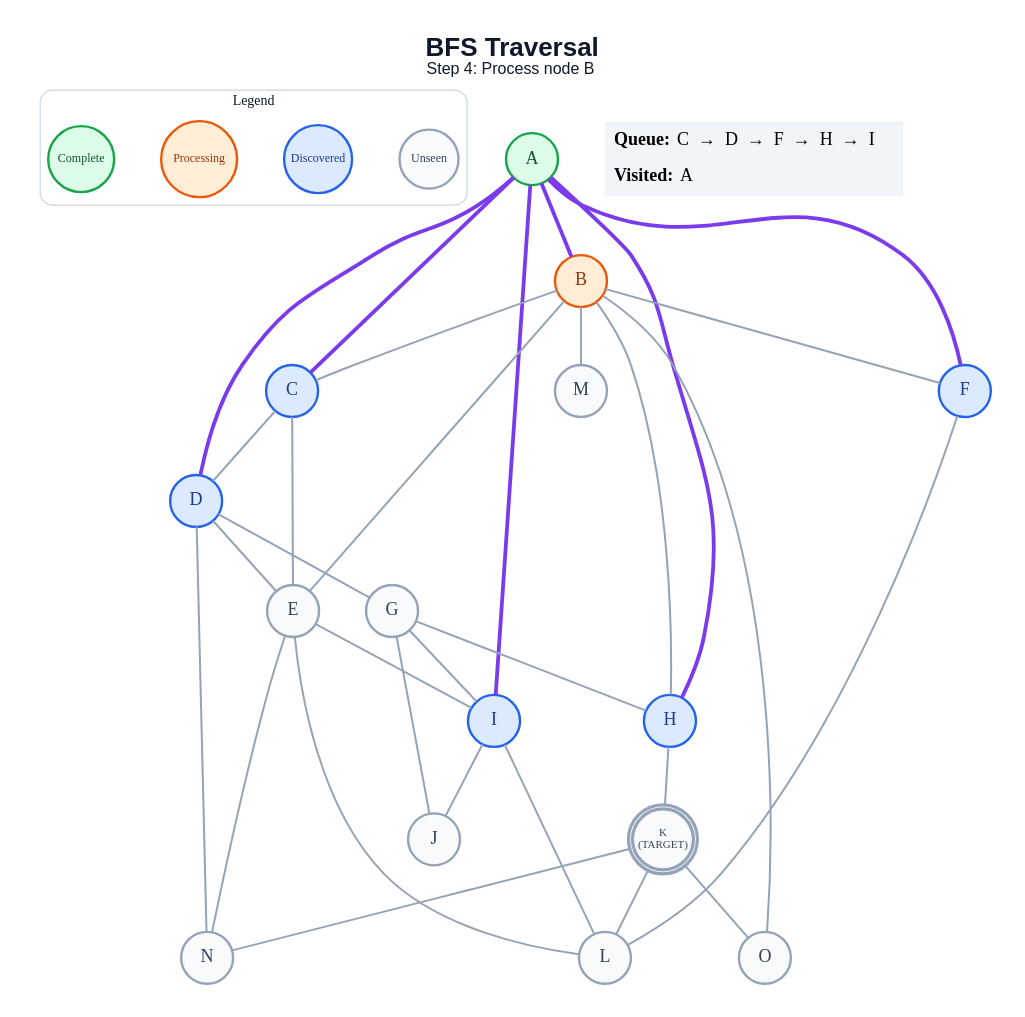
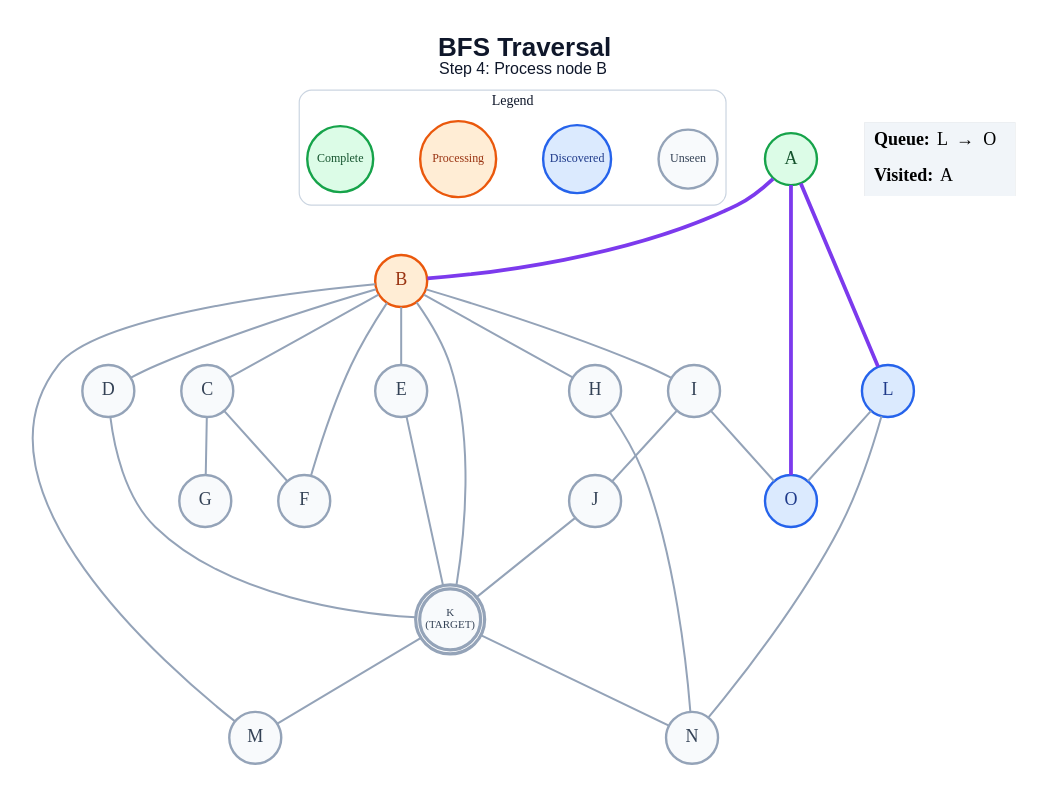
One commit to anon7238593-create/ai-slop changed the diagram in generated/bfs/step_04.dot. Above: the diagram before and after it, drawn with Graphviz. The commit also changed 289 other files, not shown here.

```diff
--- a/generated/bfs/step_04.dot
+++ b/generated/bfs/step_04.dot
@@ -1,64 +1,57 @@
 graph traversal {
   graph [layout=dot, rankdir=TB, bgcolor="#FFFFFF", pad="0.35", nodesep="0.65", ranksep="0.8", fontname="Arial"];
   node [shape=circle, style="filled", fontname="Arial Bold", fontsize=18, width=0.72, fixedsize=true, penwidth=2.4];
   edge [color="#94A3B8", penwidth=2.0];
   label=<<B>BFS Traversal</B><BR/><FONT POINT-SIZE="16">Step 4: Process node B</FONT>>; labelloc="t"; fontsize=26; fontname="Arial"; fontcolor="#0F172A";
   subgraph cluster_legend { label="Legend"; color="#CBD5E1"; penwidth=1.2; style="rounded"; fontsize=14; fontname="Arial Bold";
     key_unseen [label="Unseen", fillcolor="#F8FAFC", color="#94A3B8", fontcolor="#334155", fontsize=12, width=0.82];
     key_frontier [label="Discovered", fillcolor="#DBEAFE", color="#2563EB", fontcolor="#1E3A8A", fontsize=12, width=0.95];
     key_current [label="Processing", fillcolor="#FFEDD5", color="#EA580C", fontcolor="#9A3412", fontsize=12, width=1.05];
     key_done [label="Complete", fillcolor="#DCFCE7", color="#16A34A", fontcolor="#14532D", fontsize=12, width=0.92];
     { rank=same; key_unseen; key_frontier; key_current; key_done; }
   }
   A [label="A", fillcolor="#DCFCE7", color="#16A34A", fontcolor="#14532D", peripheries=1, penwidth=2.4];
   B [label="B", fillcolor="#FFEDD5", color="#EA580C", fontcolor="#9A3412", peripheries=1, penwidth=2.4];
-  C [label="C", fillcolor="#DBEAFE", color="#2563EB", fontcolor="#1E3A8A", peripheries=1, penwidth=2.4];
-  D [label="D", fillcolor="#DBEAFE", color="#2563EB", fontcolor="#1E3A8A", peripheries=1, penwidth=2.4];
+  C [label="C", fillcolor="#F8FAFC", color="#94A3B8", fontcolor="#334155", peripheries=1, penwidth=2.4];
+  D [label="D", fillcolor="#F8FAFC", color="#94A3B8", fontcolor="#334155", peripheries=1, penwidth=2.4];
   E [label="E", fillcolor="#F8FAFC", color="#94A3B8", fontcolor="#334155", peripheries=1, penwidth=2.4];
-  F [label="F", fillcolor="#DBEAFE", color="#2563EB", fontcolor="#1E3A8A", peripheries=1, penwidth=2.4];
+  F [label="F", fillcolor="#F8FAFC", color="#94A3B8", fontcolor="#334155", peripheries=1, penwidth=2.4];
   G [label="G", fillcolor="#F8FAFC", color="#94A3B8", fontcolor="#334155", peripheries=1, penwidth=2.4];
-  H [label="H", fillcolor="#DBEAFE", color="#2563EB", fontcolor="#1E3A8A", peripheries=1, penwidth=2.4];
-  I [label="I", fillcolor="#DBEAFE", color="#2563EB", fontcolor="#1E3A8A", peripheries=1, penwidth=2.4];
+  H [label="H", fillcolor="#F8FAFC", color="#94A3B8", fontcolor="#334155", peripheries=1, penwidth=2.4];
+  I [label="I", fillcolor="#F8FAFC", color="#94A3B8", fontcolor="#334155", peripheries=1, penwidth=2.4];
   J [label="J", fillcolor="#F8FAFC", color="#94A3B8", fontcolor="#334155", peripheries=1, penwidth=2.4];
   K [label="K\n(TARGET)", fillcolor="#F8FAFC", color="#94A3B8", fontcolor="#334155", peripheries=2, penwidth=3.2, fontsize=11, width=0.85, height=0.85];
-  L [label="L", fillcolor="#F8FAFC", color="#94A3B8", fontcolor="#334155", peripheries=1, penwidth=2.4];
+  L [label="L", fillcolor="#DBEAFE", color="#2563EB", fontcolor="#1E3A8A", peripheries=1, penwidth=2.4];
   M [label="M", fillcolor="#F8FAFC", color="#94A3B8", fontcolor="#334155", peripheries=1, penwidth=2.4];
   N [label="N", fillcolor="#F8FAFC", color="#94A3B8", fontcolor="#334155", peripheries=1, penwidth=2.4];
-  O [label="O", fillcolor="#F8FAFC", color="#94A3B8", fontcolor="#334155", peripheries=1, penwidth=2.4];
+  O [label="O", fillcolor="#DBEAFE", color="#2563EB", fontcolor="#1E3A8A", peripheries=1, penwidth=2.4];
   A -- B [color="#7C3AED", penwidth=3.8];
-  A -- C [color="#7C3AED", penwidth=3.8];
-  A -- D [color="#7C3AED", penwidth=3.8];
-  A -- F [color="#7C3AED", penwidth=3.8];
-  A -- H [color="#7C3AED", penwidth=3.8];
-  A -- I [color="#7C3AED", penwidth=3.8];
+  A -- L [color="#7C3AED", penwidth=3.8];
+  A -- O [color="#7C3AED", penwidth=3.8];
   B -- C;
+  B -- D;
   B -- E;
   B -- F;
   B -- H;
+  B -- I;
+  B -- K;
   B -- M;
-  B -- O;
-  C -- D;
-  C -- E;
-  D -- E;
-  D -- G;
-  D -- N;
-  E -- I;
-  E -- L;
-  E -- N;
-  F -- L;
-  G -- H;
-  G -- I;
-  G -- J;
-  H -- K;
+  C -- F;
+  C -- G;
+  D -- K;
+  E -- K;
+  H -- N;
   I -- J;
-  I -- L;
-  K -- L;
+  I -- O;
+  J -- K;
+  K -- M;
   K -- N;
-  K -- O;
+  L -- N;
+  L -- O;
   status [shape=plain, fixedsize=false, width=0, height=0, margin=0, label=<
     <TABLE BORDER="0" CELLBORDER="0" CELLPADDING="7" BGCOLOR="#F1F5F9">
-      <TR><TD ALIGN="LEFT"><B>Queue:</B> C  →  D  →  F  →  H  →  I</TD></TR>
+      <TR><TD ALIGN="LEFT"><B>Queue:</B> L  →  O</TD></TR>
       <TR><TD ALIGN="LEFT"><B>Visited:</B> A</TD></TR>
     </TABLE>
   >];
 }
```
